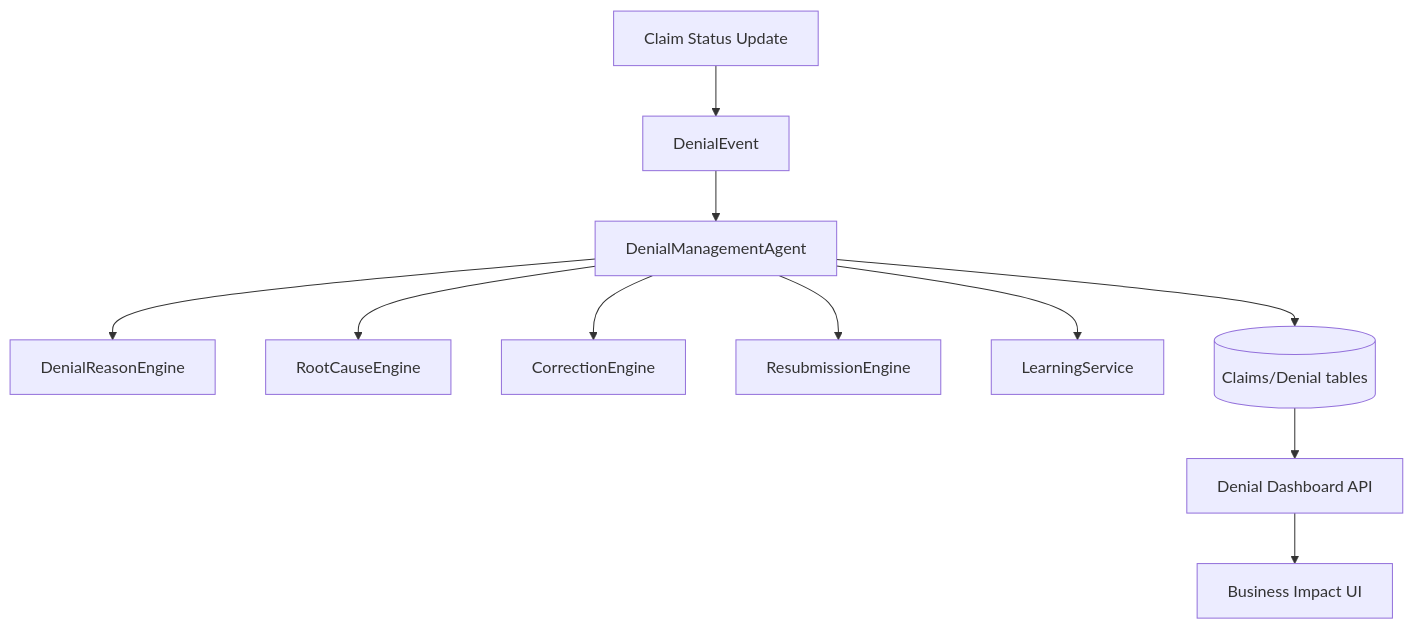
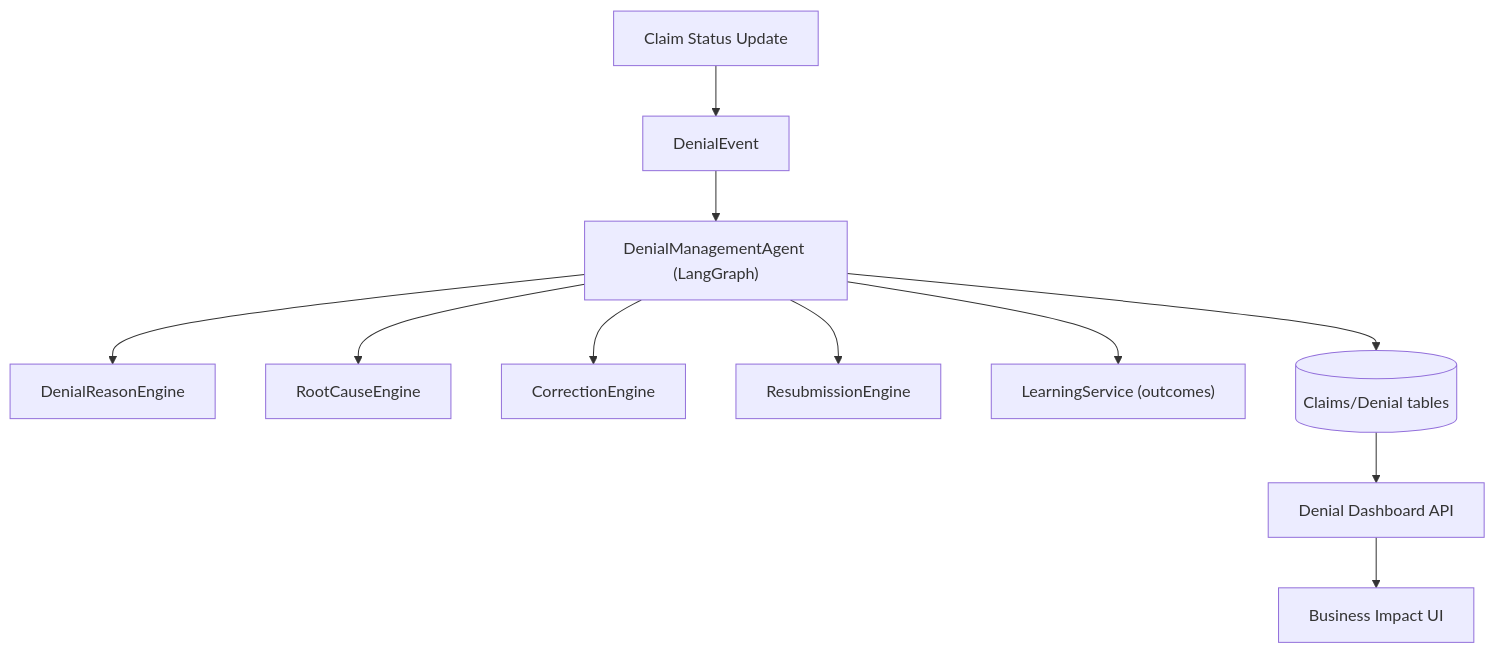
The second of 2 diagrams in README.md (ParamPatel14/MedLedger-AI), drawn with Mermaid before and after one commit.

````diff
--- a/README.md
+++ b/README.md
@@ -85,13 +85,13 @@
 ```mermaid
 flowchart TD
   A[Claim Status Update] --> B[DenialEvent]
-  B --> C[DenialManagementAgent ]
+  B --> C["DenialManagementAgent (LangGraph)"]
   C --> D[DenialReasonEngine]
   C --> E[RootCauseEngine]
   C --> F[CorrectionEngine]
   C --> G[ResubmissionEngine]
-  C --> H[LearningService]
+  C --> H["LearningService (outcomes)"]
   C --> I[(Claims/Denial tables)]
   I --> J[Denial Dashboard API]
   J --> K[Business Impact UI]
 ```
````
